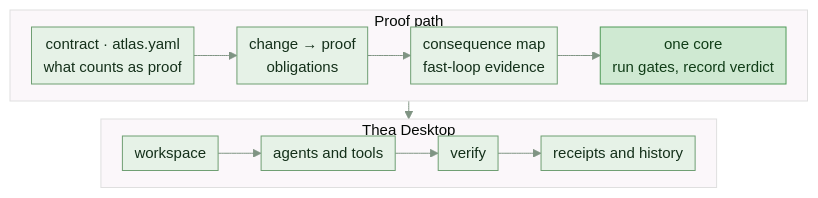
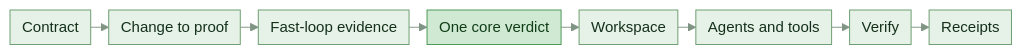
Before and after one commit to HLIntel/Headron: the diagram in README.md, drawn with Mermaid. The commit also changed other lines of this file and 4 other files, not shown here.

First line of the commit message:
docs: proof flow runs left to right; failures-caught figures re-measured

````diff
--- a/README.md
+++ b/README.md
@@ -56,30 +56,22 @@
 ```mermaid
 ---
 config:
   theme: base
   themeVariables:
     primaryColor: "#e6f2e7"
     primaryBorderColor: "#6f9f73"
     primaryTextColor: "#14301a"
     lineColor: "#7f9483"
     fontSize: "15px"
   flowchart:
     padding: 6
     nodeSpacing: 14
     rankSpacing: 18
 ---
-flowchart TB
+flowchart LR
   accTitle: How Thea is built
   accDescr: a contract maps a change to proof obligations, selects fast-loop evidence, and records a verdict; Thea Desktop presents the workspace, agent controls, verification, and history as one workflow
-  subgraph proof [Proof path]
-    direction LR
-    R[contract · atlas.yaml<br>what counts as proof] --> O[change → proof<br>obligations] --> I[consequence map<br>fast-loop evidence] --> C[one core<br>run gates, record verdict]
-  end
-  C --> D
-  subgraph desktop [Thea Desktop]
-    direction LR
-    D[workspace] --> A[agents and tools] --> V[verify] --> H[receipts and history]
-  end
+  R[Contract] --> O[Change to proof] --> I[Fast-loop evidence] --> C[One core verdict] --> D[Workspace] --> A[Agents and tools] --> V[Verify] --> H[Receipts]
   classDef core fill:#cfe9d2,stroke:#4f9a58,color:#103d17
   class C core
 ```
````
